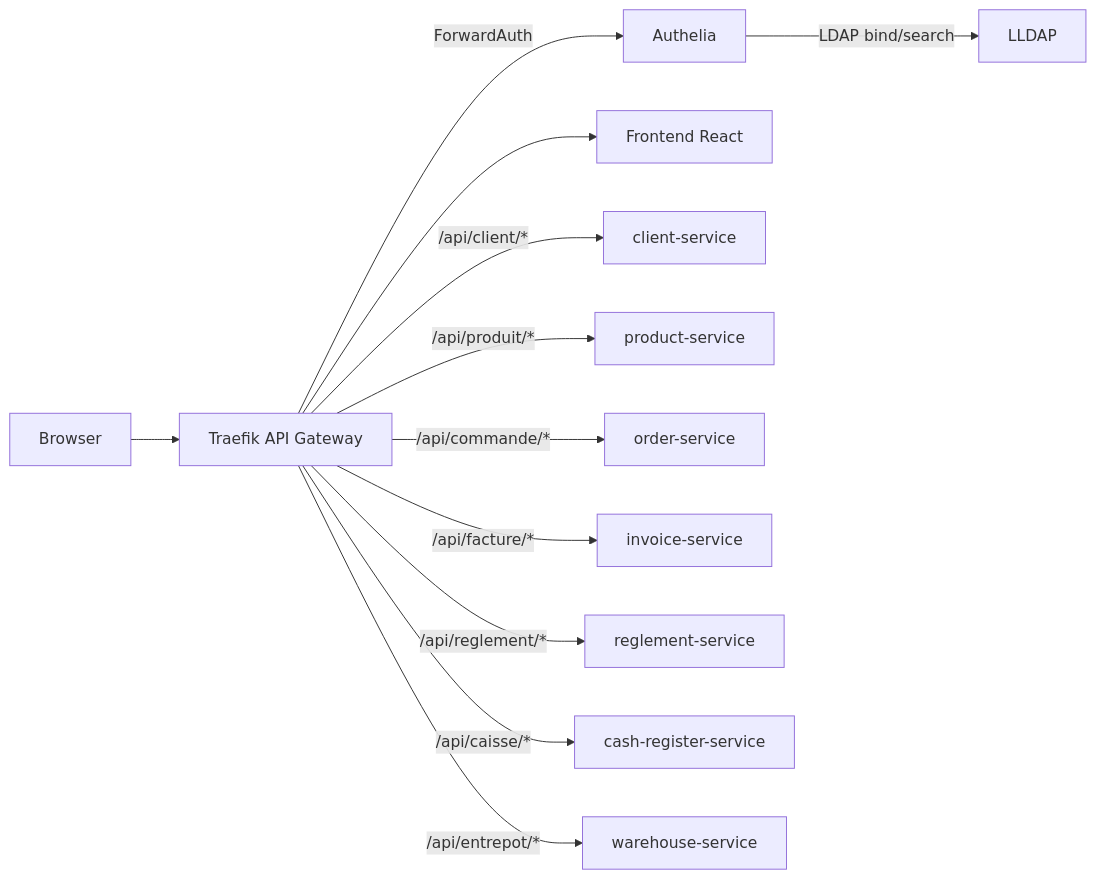
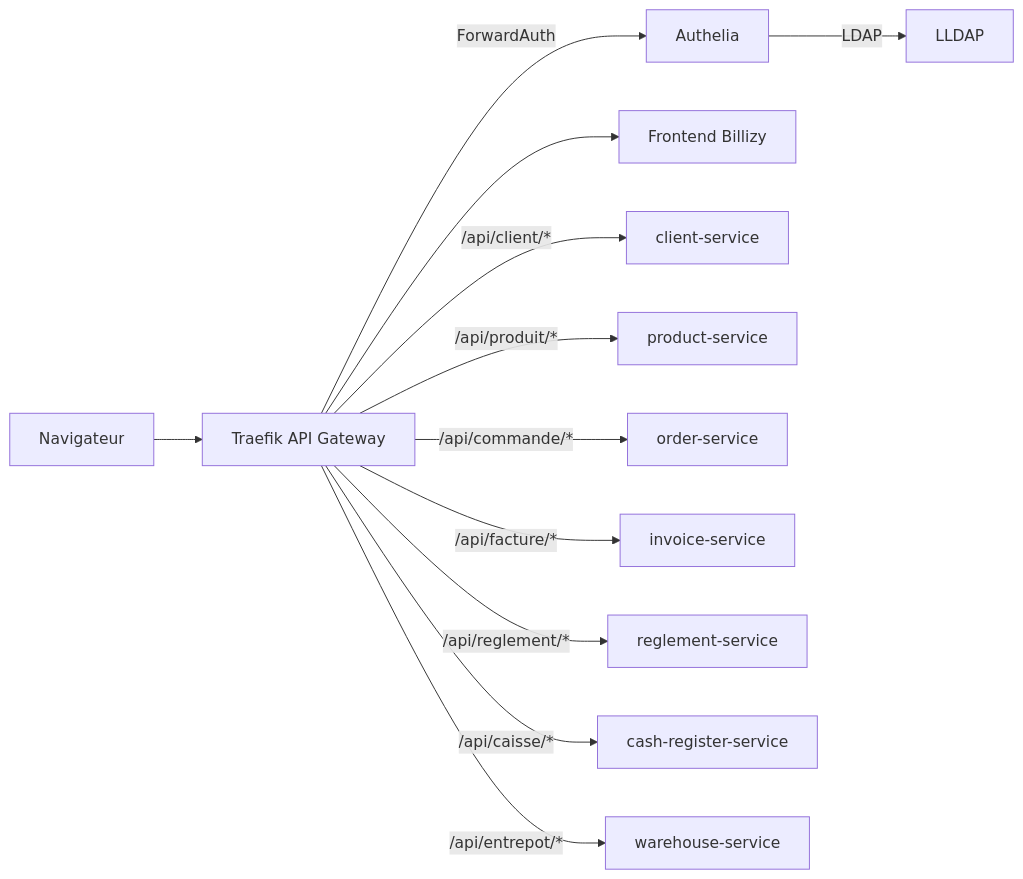
One commit to mariechristsagbo/app-facturation-microservices changed the diagram in README.md. Above: the diagram before and after it, drawn with Mermaid. The commit also changed other lines of this file, not shown here.

Commit message:
update README to reflect project name change to Billizy and enhance feature descriptions

````diff
--- a/README.md
+++ b/README.md
@@ -19,14 +62,14 @@
 ```mermaid
 flowchart LR
-  B[Browser] --> T[Traefik API Gateway]
-  T -->|ForwardAuth| A[Authelia]
-  A -->|LDAP bind/search| L[LLDAP]
-  T --> F[Frontend React]
-  T -->|/api/client/*| C[client-service]
-  T -->|/api/produit/*| P[product-service]
-  T -->|/api/commande/*| O[order-service]
-  T -->|/api/facture/*| I[invoice-service]
-  T -->|/api/reglement/*| R[reglement-service]
-  T -->|/api/caisse/*| CA[cash-register-service]
-  T -->|/api/entrepot/*| W[warehouse-service]
+  B["Navigateur"] --> T["Traefik API Gateway"]
+  T -->|"ForwardAuth"| A["Authelia"]
+  A -->|"LDAP"| L["LLDAP"]
+  T --> F["Frontend Billizy"]
+  T -->|"/api/client/*"| C["client-service"]
+  T -->|"/api/produit/*"| P["product-service"]
+  T -->|"/api/commande/*"| O["order-service"]
+  T -->|"/api/facture/*"| I["invoice-service"]
+  T -->|"/api/reglement/*"| R["reglement-service"]
+  T -->|"/api/caisse/*"| CA["cash-register-service"]
+  T -->|"/api/entrepot/*"| W["warehouse-service"]
 ```
````
